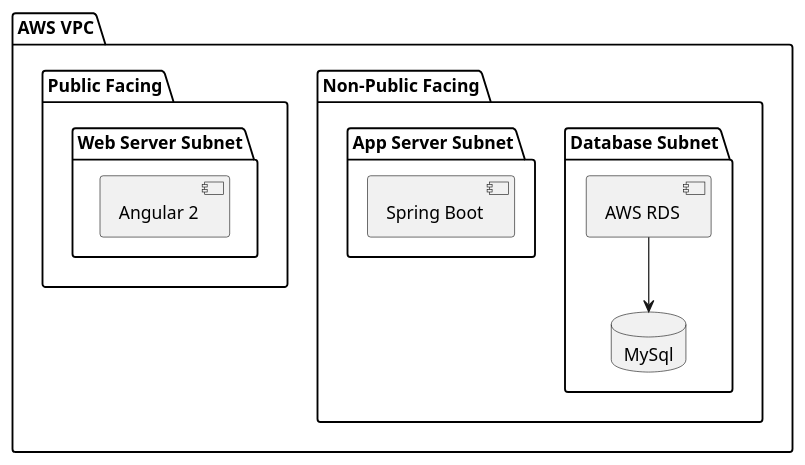
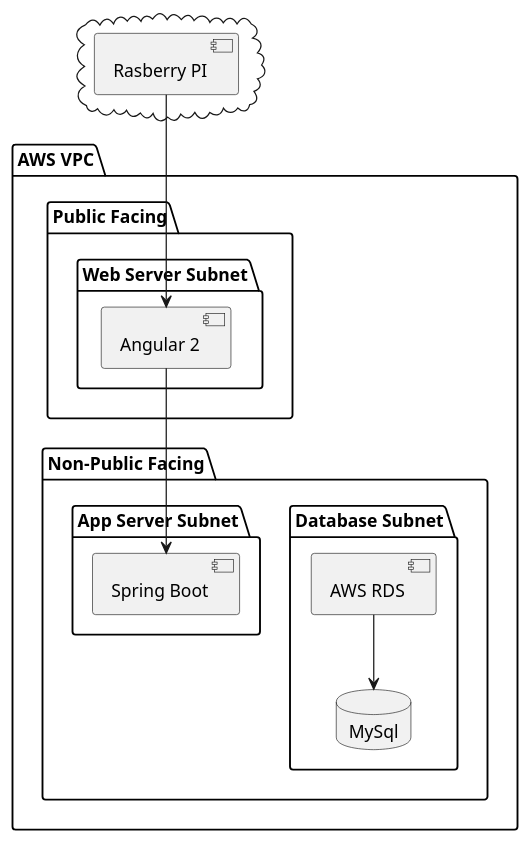
One commit to polinchw/monitorserver changed the diagram in documentation/diagrams/vpc.puml. Above: the diagram before and after it, drawn with PlantUML.

Commit message:
Exported the image.

```diff
--- a/documentation/diagrams/vpc.puml
+++ b/documentation/diagrams/vpc.puml
@@ -1,23 +1,32 @@
 @startuml
+
 
 package "AWS VPC" {
   folder "Non-Public Facing" {
     folder "Database Subnet" {
         [AWS RDS]  --> MySql
     }
     folder "App Server Subnet" {
         [Spring Boot]
     }
   }
   folder "Public Facing" {
     folder "Web Server Subnet" {
-       [Angular 2]
+
+       [Angular 2] --> [Spring Boot]
     }
   }
 }
+
+cloud {
+  [Rasberry PI]
+}
+
+[Rasberry PI] --> [Angular 2]
 
 database "MySql" {
 
 }
 
+
 @enduml
```
